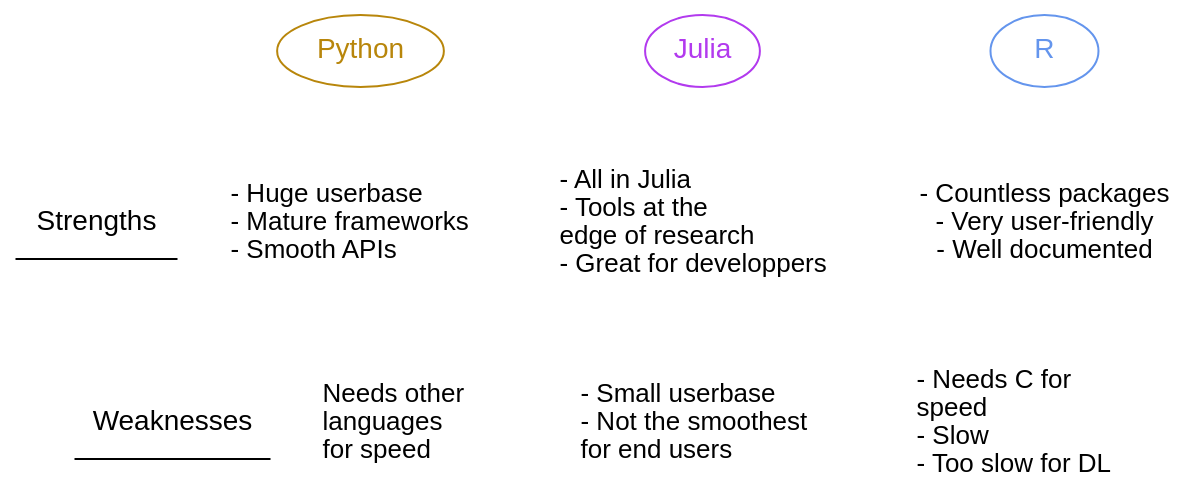
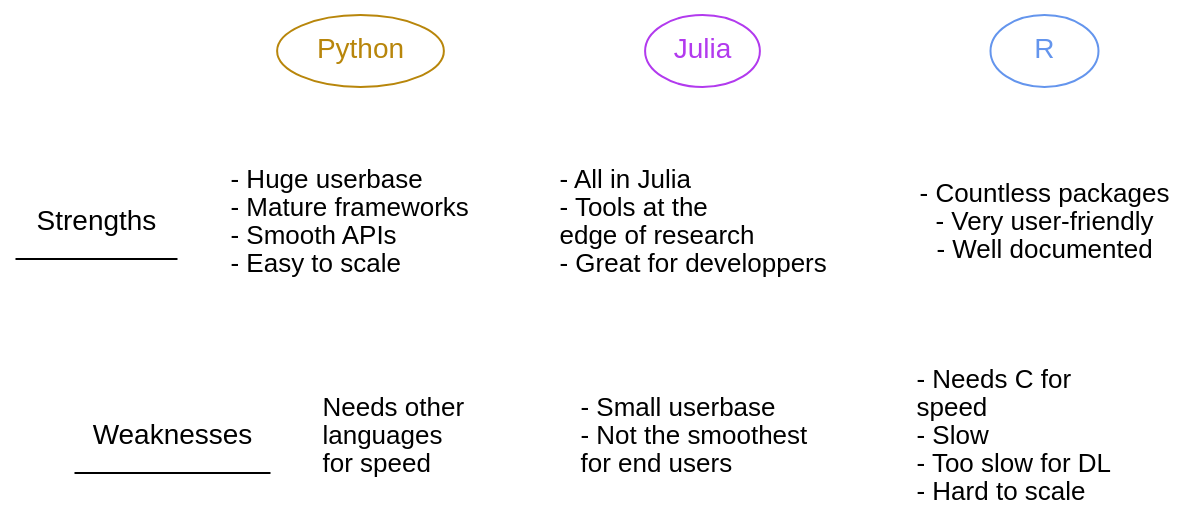
One commit to WestDRI/arc-training changed diagram 19 of 24 in ml/frameworks_slides.qmd. Above: the diagram before and after it, drawn with Graphviz. The commit also changed other lines of this file, not shown here.

Commit message:
add final slide frameworks slides

````diff
--- a/ml/frameworks_slides.qmd
+++ b/ml/frameworks_slides.qmd
@@ -1165,36 +1165,36 @@
 ```{dot}
 //| echo: false
 
 strict graph {
   
 bgcolor="transparent"
 graph [fontname="Inconsolata, sans-serif"]
 node [fontname="Inconsolata, sans-serif"]
 edge [style=invis]
 
-1 [label="- Huge userbase\l- Mature frameworks\l- Smooth APIs\l", shape=plaintext, fontsize=13]
+1 [label="- Huge userbase\l- Mature frameworks\l- Smooth APIs\l- Easy to scale\l", shape=plaintext, fontsize=13]
 2 [label="Needs other\llanguages\lfor speed\l", shape=plaintext, fontsize=13]
 3 [label="- All in Julia\l- Tools at the\ledge of research\l- Great for developpers\l", shape=plaintext, fontsize=13, URL="https://sciml.ai/"]
 4 [label="- Small userbase\l- Not the smoothest\lfor end users\l", shape=plaintext, fontsize=13]
 5 [label="- Countless packages\n- Very user-friendly\n- Well documented", shape=plaintext, fontsize=13]
-6 [label="- Needs C for\lspeed\l- Slow\l- Too slow for DL\l", shape=plaintext, fontsize=13]
+6 [label="- Needs C for\lspeed\l- Slow\l- Too slow for DL\l- Hard to scale\l", shape=plaintext, fontsize=13]
 
 Strengths [shape=underline]
 Weaknesses [shape=underline]
 
 Python [color=darkgoldenrod, fontcolor=darkgoldenrod, URL="https://www.python.org/"]
 Julia [color=darkorchid2, fontcolor=darkorchid2, URL="https://julialang.org/"]
 R [color=cornflowerblue, fontcolor=cornflowerblue, URL="https://www.r-project.org/"]
 
 {rank=same; Strengths 1 3 5}
 {rank=same; Weaknesses 2 4 6}
 
 Python -- 1 -- 2
 Julia -- 3 -- 4
 R -- 5 -- 6
 
 Strengths -- 1 -- 3 -- 5
 Weaknesses -- 2 -- 4 -- 6
 
 }
 ```
````
